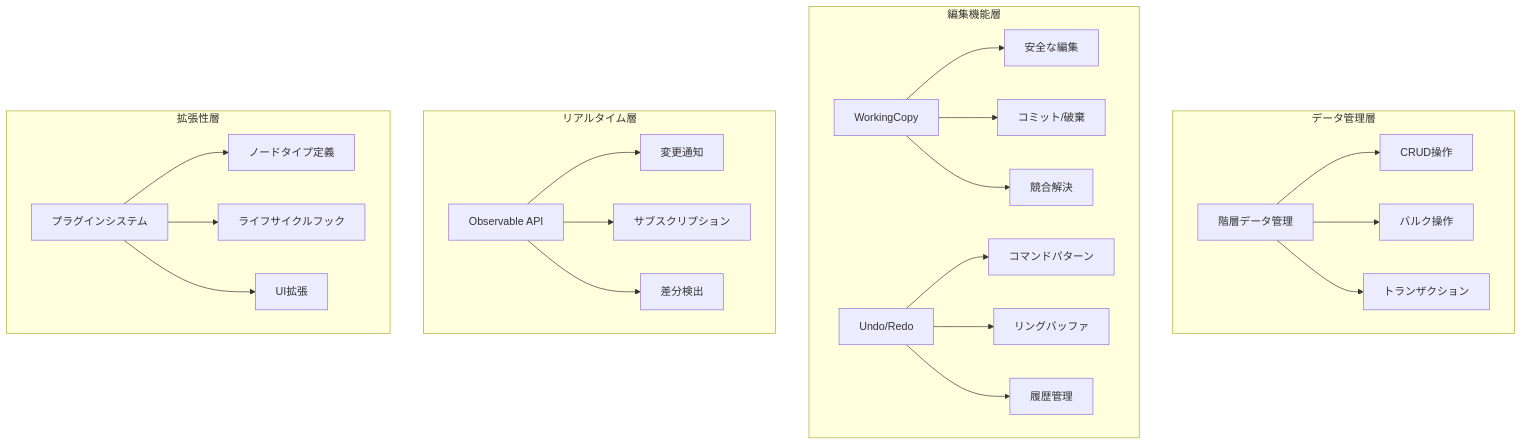
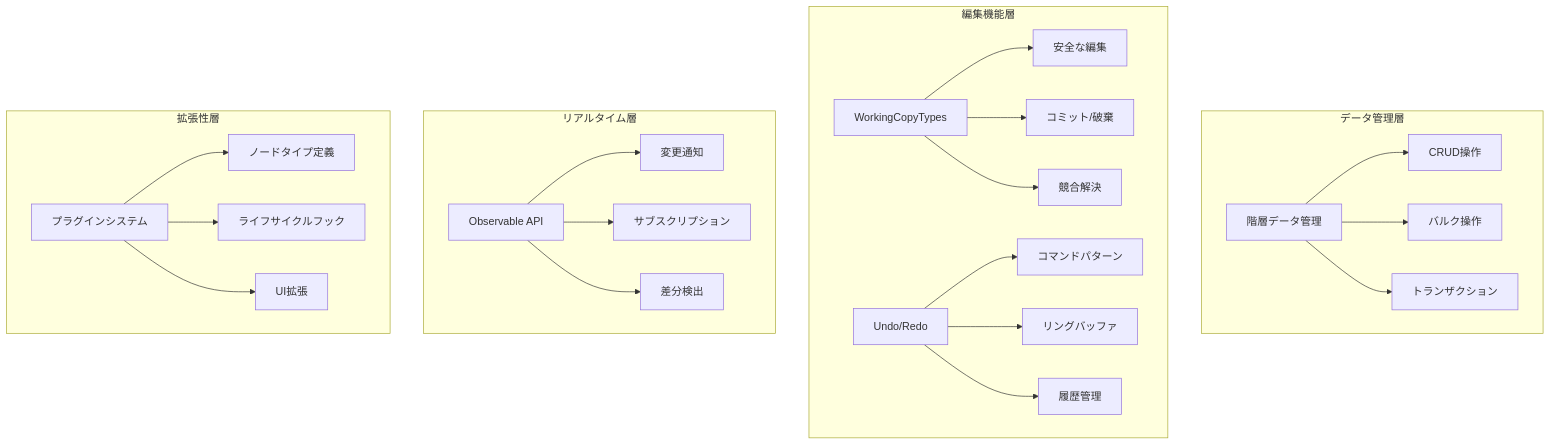
Before and after one commit to kubohiroya/hierarchidb: the third of 23 diagrams in docs/DEVELOPER_REPORT_COMPREHENSIVE/01_EXECUTIVE_SUMMARY.md, drawn with Mermaid. The commit also changed other lines of this file and 452 other files, not shown here.

````diff
--- a/docs/DEVELOPER_REPORT_COMPREHENSIVE/01_EXECUTIVE_SUMMARY.md
+++ b/docs/DEVELOPER_REPORT_COMPREHENSIVE/01_EXECUTIVE_SUMMARY.md
@@ -66,30 +66,30 @@
 ```mermaid
 graph TB
     subgraph "データ管理層"
         A[階層データ管理] --> A1[CRUD操作]
         A --> A2[バルク操作]
         A --> A3[トランザクション]
     end
     
     subgraph "編集機能層"
-        B[WorkingCopy] --> B1[安全な編集]
+        B[WorkingCopyTypes] --> B1[安全な編集]
         B --> B2[コミット/破棄]
         B --> B3[競合解決]
         
         C[Undo/Redo] --> C1[コマンドパターン]
         C --> C2[リングバッファ]
         C --> C3[履歴管理]
     end
     
     subgraph "リアルタイム層"
         D[Observable API] --> D1[変更通知]
         D --> D2[サブスクリプション]
         D --> D3[差分検出]
     end
     
     subgraph "拡張性層"
         E[プラグインシステム] --> E1[ノードタイプ定義]
         E --> E2[ライフサイクルフック]
         E --> E3[UI拡張]
     end
 ```
````
